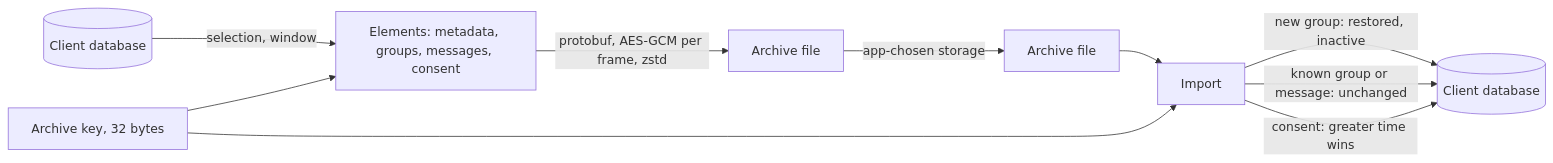
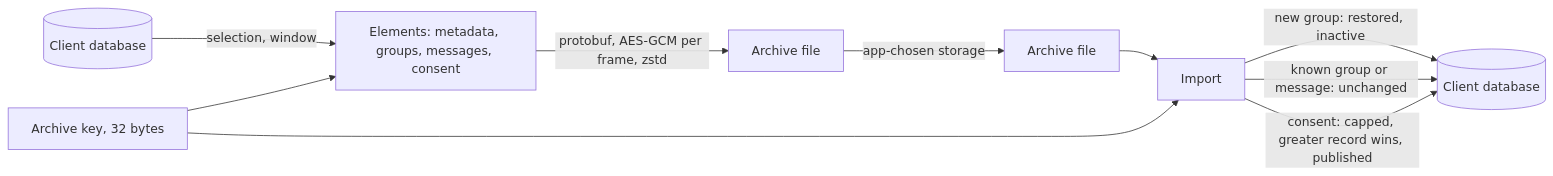
The first of 2 diagrams in docs/specs/ARCH-archive-format.md (xmtp/libxmtp), drawn with Mermaid before and after one commit. The commit also changed other lines of this file and 11 other files, not shown here.

````diff
--- a/docs/specs/ARCH-archive-format.md
+++ b/docs/specs/ARCH-archive-format.md
@@ -11,12 +11,12 @@
 ```mermaid
 flowchart LR
   D[(Client database)] -->|selection, window| E[Elements: metadata, groups, messages, consent]
   E -->|protobuf, AES-GCM per frame, zstd| F[Archive file]
   K[Archive key, 32 bytes] --> E
   F -->|app-chosen storage| F2[Archive file]
   K --> I
   F2 --> I[Import]
   I -->|new group: restored, inactive| D2[(Client database)]
   I -->|known group or message: unchanged| D2
-  I -->|consent: greater time wins| D2
+  I -->|consent: capped, greater record wins, published| D2
 ```
````
